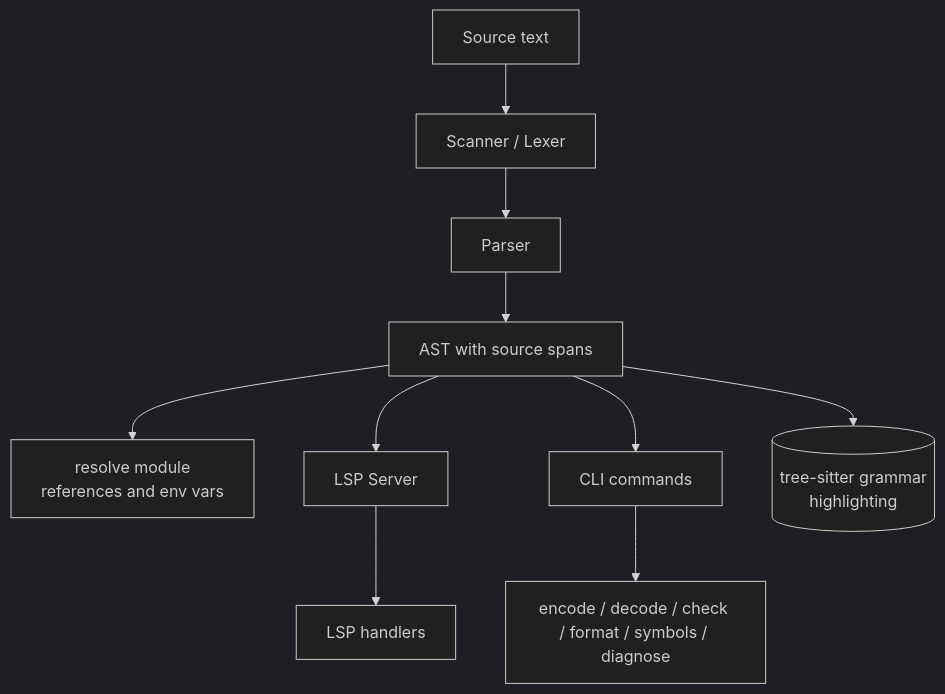
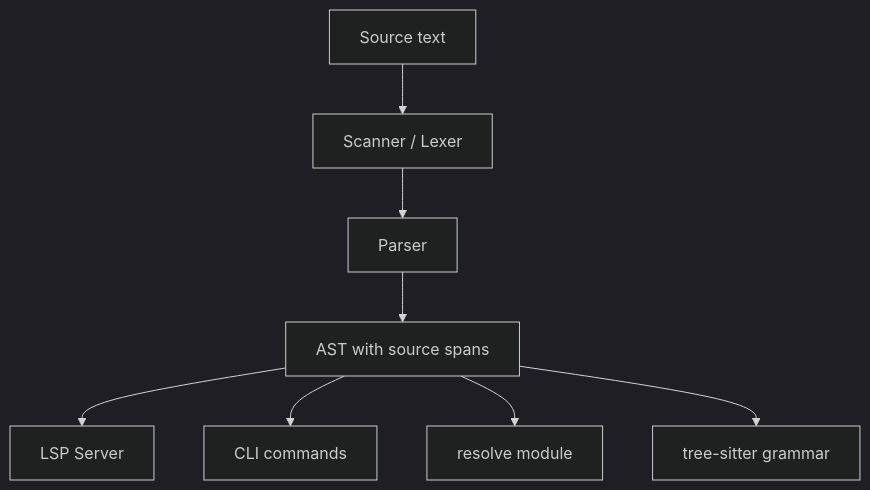
The diagram in README.md (w0wl0lxd/toon-lsp), drawn with Mermaid (dark theme) before and after one commit. The commit also changed other lines of this file and 4 other files, not shown here.

````diff
--- a/README.md
+++ b/README.md
@@ -240,14 +285,10 @@
 ```mermaid
 flowchart TD
     SRC[Source text] --> SC[Scanner / Lexer]
     SC --> P[Parser]
     P --> AST[AST with source spans]
-
-    AST --> RES["resolve module<br/>references and env vars"]
     AST --> SRV[LSP Server]
     AST --> CLI[CLI commands]
-    AST --> TS[("tree-sitter grammar<br/>highlighting")]
-
-    SRV --> FEAT[LSP handlers]
-    CLI --> CMDS[encode / decode / check / format / symbols / diagnose]
+    AST --> RES[resolve module]
+    AST --> TS[tree-sitter grammar]
 ```
````
